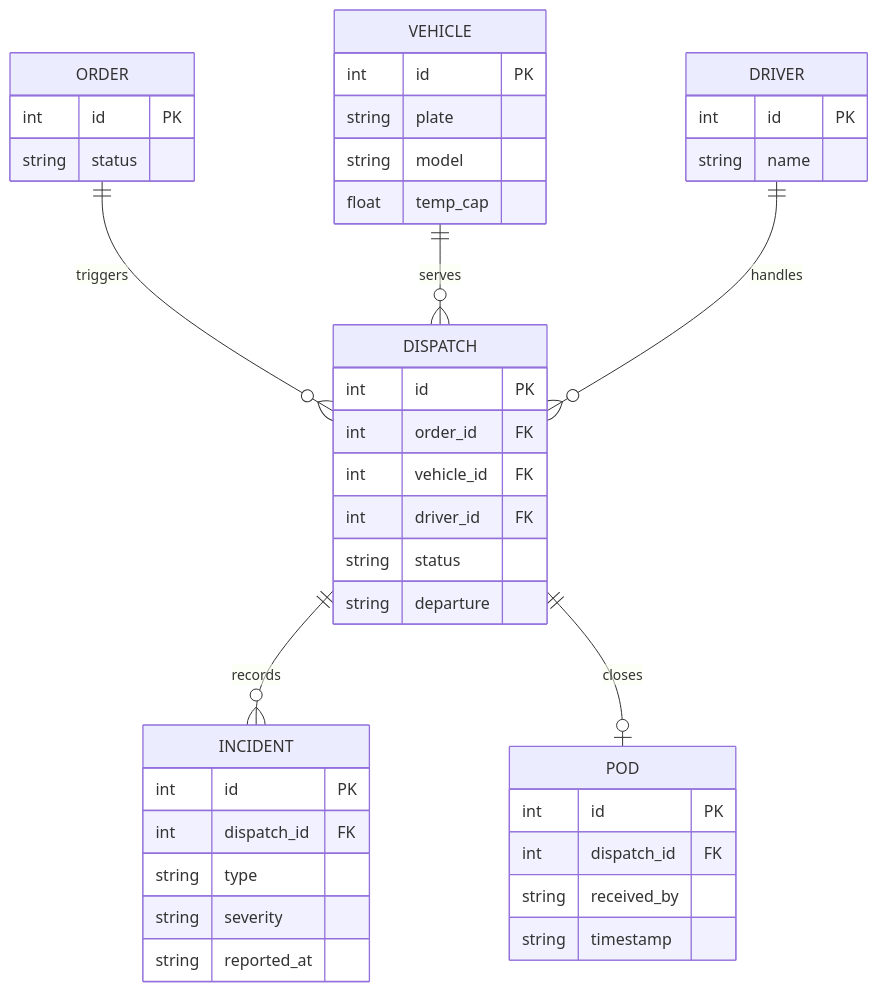
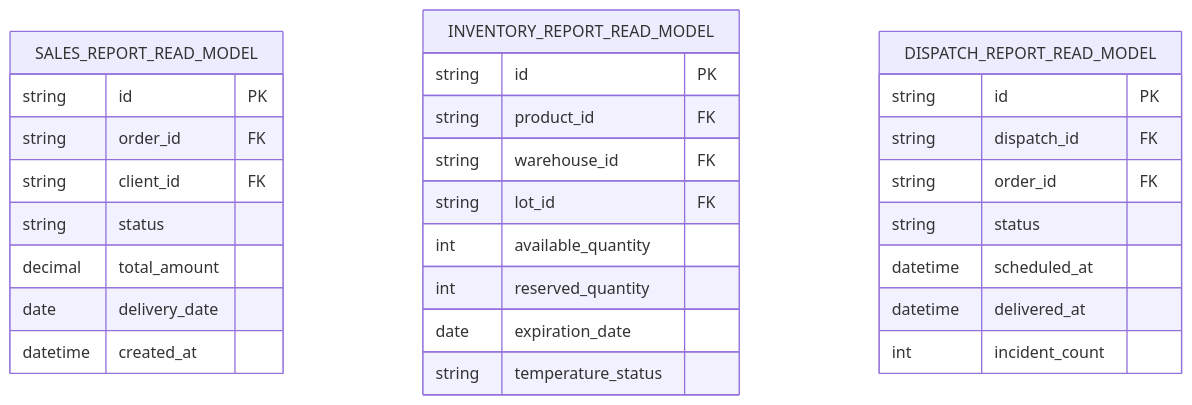
Before and after one commit to upc-pre-202610-1asi0730-12242-king/nexa-ecosystem-report: the sixth of 7 diagrams in report/40-chapter-4-product-design/4-8-database-design.md, drawn with Mermaid. The commit also changed other lines of this file and 71 other files, not shown here.

````diff
--- a/report/40-chapter-4-product-design/4-8-database-design.md
+++ b/report/40-chapter-4-product-design/4-8-database-design.md
@@ -279,44 +212,31 @@
 ```mermaid
 erDiagram
-    ORDER {
-        int id PK
+    SALES_REPORT_READ_MODEL {
+        string id PK
+        string order_id FK
+        string client_id FK
         string status
+        decimal total_amount
+        date delivery_date
+        datetime created_at
     }
-    VEHICLE {
-        int id PK
-        string plate
-        string model
-        float temp_cap
+    INVENTORY_REPORT_READ_MODEL {
+        string id PK
+        string product_id FK
+        string warehouse_id FK
+        string lot_id FK
+        int available_quantity
+        int reserved_quantity
+        date expiration_date
+        string temperature_status
     }
-    DRIVER {
-        int id PK
-        string name
+    DISPATCH_REPORT_READ_MODEL {
+        string id PK
+        string dispatch_id FK
+        string order_id FK
+        string status
+        datetime scheduled_at
+        datetime delivered_at
+        int incident_count
     }
-    DISPATCH {
-        int id PK
-        int order_id FK
-        int vehicle_id FK
-        int driver_id FK
-        string status
-        string departure
-    }
-    INCIDENT {
-        int id PK
-        int dispatch_id FK
-        string type
-        string severity
-        string reported_at
-    }
-    POD {
-        int id PK
-        int dispatch_id FK
-        string received_by
-        string timestamp
-    }
-
-    ORDER ||--o{ DISPATCH : triggers
-    VEHICLE ||--o{ DISPATCH : serves
-    DRIVER ||--o{ DISPATCH : handles
-    DISPATCH ||--o{ INCIDENT : records
-    DISPATCH ||--o| POD : closes
 ```
````
